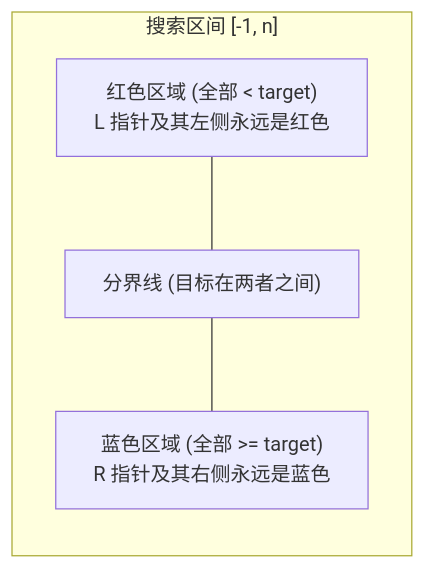
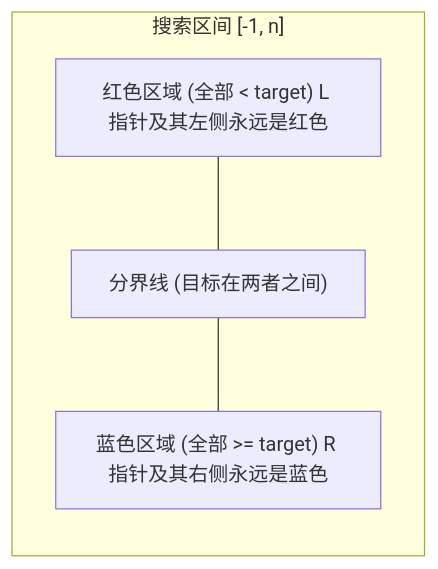
The first of 2 diagrams in 30-算法与数据结构/04-模板与技巧/01-模板-二分查找.md (GuoWWWX/knowledge-base), drawn with Mermaid before and after one commit. The commit also changed 251 other files, not shown here.

````diff
--- a/30-算法与数据结构/04-模板与技巧/01-模板-二分查找.md
+++ b/30-算法与数据结构/04-模板与技巧/01-模板-二分查找.md
@@ -24,6 +24,6 @@
 ```mermaid
 flowchart LR
     subgraph SearchSpace["搜索区间 [-1, n]"]
-        Red["红色区域 (全部 < target)<br/>L 指针及其左侧永远是红色"] --- Boundary["分界线 (目标在两者之间)"] --- Blue["蓝色区域 (全部 >= target)<br/>R 指针及其右侧永远是蓝色"]
+        Red["红色区域 (全部 < target) L 指针及其左侧永远是红色"] --- Boundary["分界线 (目标在两者之间)"] --- Blue["蓝色区域 (全部 >= target) R 指针及其右侧永远是蓝色"]
     end
 ```
````
